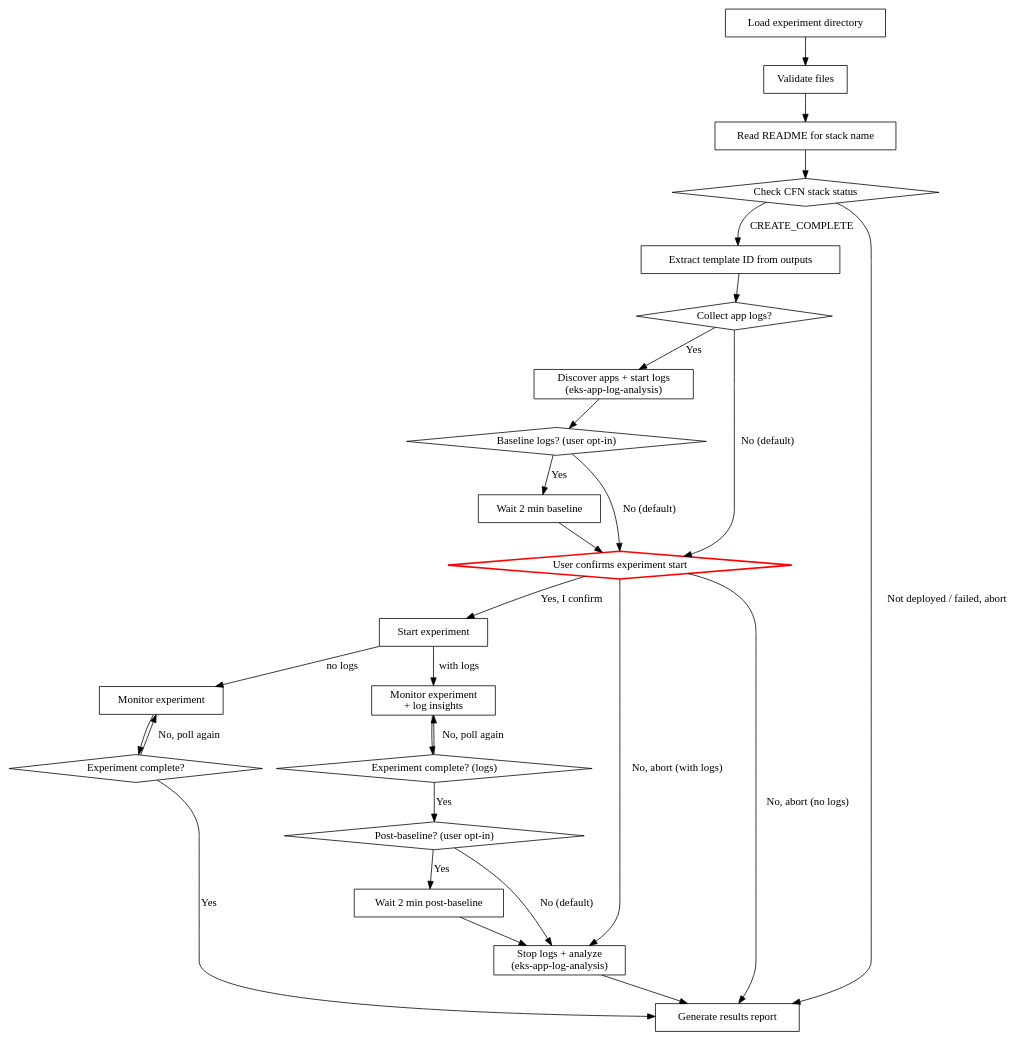
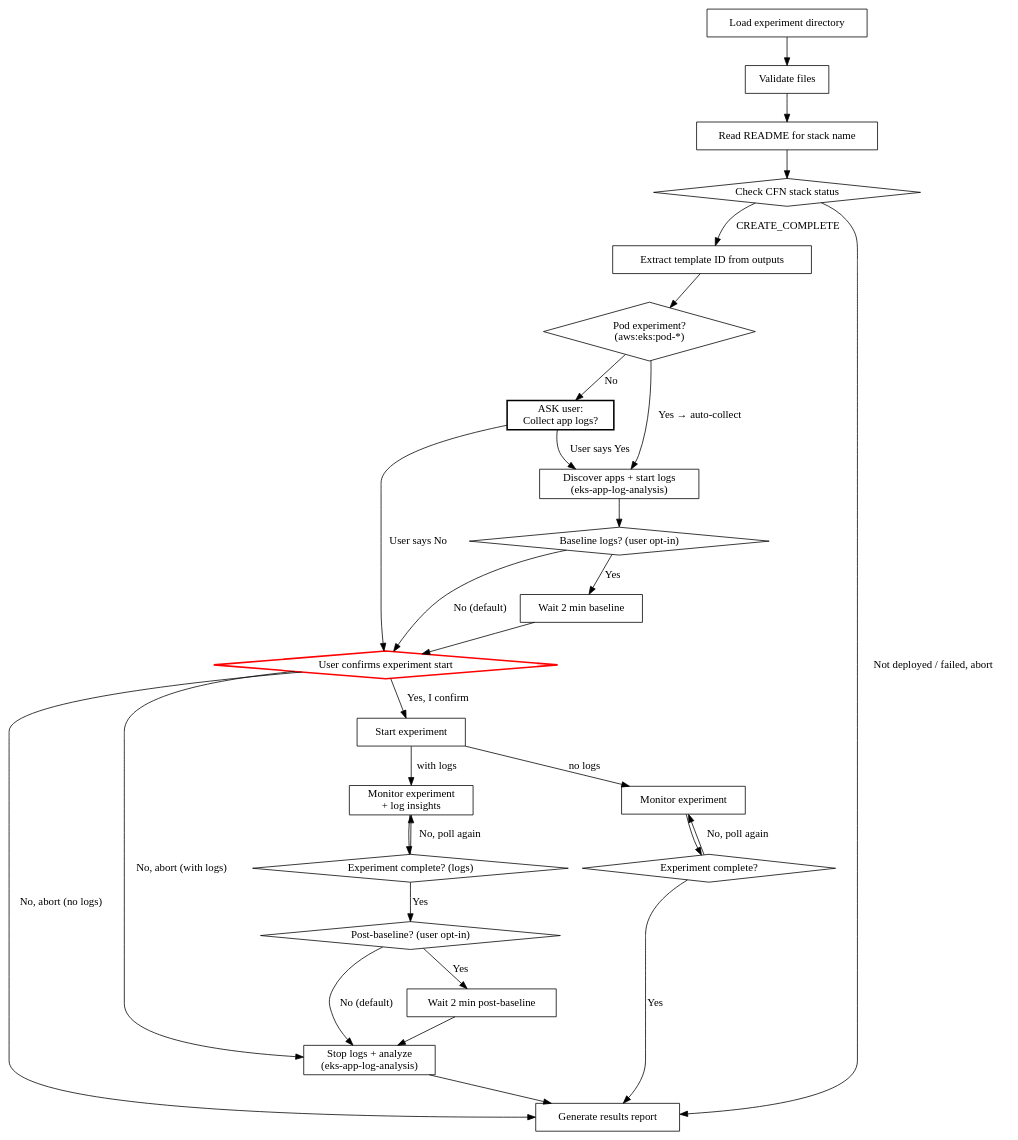
The diagram in aws-fis-experiment-execute/SKILL.md (panlm/skills), drawn with Graphviz before and after one commit.

Commit message:
fix: flowchart was causing agent to skip log collection prompt
Root cause: flowchart had 'Collect app logs?' as a diamond with
'No (default)' label — agent used flowchart as primary decision guide
and auto-selected No without executing Step 4.5 text logic.

Fix: split into two nodes:
- 'Pod experiment?' diamond → auto-collect for aws:eks:pod-*
- 'ASK user: Collect app logs?' action box → mandatory prompt
Agent cannot skip an action box the way it skips a diamond default.

````diff
--- a/aws-fis-experiment-execute/SKILL.md
+++ b/aws-fis-experiment-execute/SKILL.md
@@ -38,51 +38,54 @@
 ```dot
 digraph execute_flow {
     "Load experiment directory" [shape=box];
     "Validate files" [shape=box];
     "Read README for stack name" [shape=box];
     "Check CFN stack status" [shape=diamond];
     "Extract template ID from outputs" [shape=box];
-    "Collect app logs?" [shape=diamond];
+    "Pod experiment?\n(aws:eks:pod-*)" [shape=diamond];
+    "ASK user:\nCollect app logs?" [shape=box, style=bold];
     "Discover apps + start logs\n(eks-app-log-analysis)" [shape=box];
     "Baseline logs? (user opt-in)" [shape=diamond];
     "Wait 2 min baseline" [shape=box];
     "User confirms experiment start" [shape=diamond, style=bold, color=red];
     "Start experiment" [shape=box];
     "Monitor experiment" [shape=box];
     "Monitor experiment\n+ log insights" [shape=box];
     "Experiment complete?" [shape=diamond];
     "Experiment complete? (logs)" [shape=diamond];
     "Post-baseline? (user opt-in)" [shape=diamond];
     "Wait 2 min post-baseline" [shape=box];
     "Stop logs + analyze\n(eks-app-log-analysis)" [shape=box];
     "Generate results report" [shape=box];
 
     "Load experiment directory" -> "Validate files";
     "Validate files" -> "Read README for stack name";
     "Read README for stack name" -> "Check CFN stack status";
     "Check CFN stack status" -> "Extract template ID from outputs" [label="CREATE_COMPLETE"];
     "Check CFN stack status" -> "Generate results report" [label="Not deployed / failed, abort"];
-    "Extract template ID from outputs" -> "Collect app logs?";
-    "Collect app logs?" -> "Discover apps + start logs\n(eks-app-log-analysis)" [label="Yes"];
-    "Collect app logs?" -> "User confirms experiment start" [label="No (default)"];
+    "Extract template ID from outputs" -> "Pod experiment?\n(aws:eks:pod-*)";
+    "Pod experiment?\n(aws:eks:pod-*)" -> "Discover apps + start logs\n(eks-app-log-analysis)" [label="Yes → auto-collect"];
+    "Pod experiment?\n(aws:eks:pod-*)" -> "ASK user:\nCollect app logs?" [label="No"];
+    "ASK user:\nCollect app logs?" -> "Discover apps + start logs\n(eks-app-log-analysis)" [label="User says Yes"];
+    "ASK user:\nCollect app logs?" -> "User confirms experiment start" [label="User says No"];
     "Discover apps + start logs\n(eks-app-log-analysis)" -> "Baseline logs? (user opt-in)";
     "Baseline logs? (user opt-in)" -> "Wait 2 min baseline" [label="Yes"];
     "Baseline logs? (user opt-in)" -> "User confirms experiment start" [label="No (default)"];
     "Wait 2 min baseline" -> "User confirms experiment start";
     "User confirms experiment start" -> "Start experiment" [label="Yes, I confirm"];
     "User confirms experiment start" -> "Generate results report" [label="No, abort (no logs)"];
     "User confirms experiment start" -> "Stop logs + analyze\n(eks-app-log-analysis)" [label="No, abort (with logs)"];
     "Start experiment" -> "Monitor experiment" [label="no logs"];
     "Start experiment" -> "Monitor experiment\n+ log insights" [label="with logs"];
     "Monitor experiment" -> "Experiment complete?";
     "Monitor experiment\n+ log insights" -> "Experiment complete? (logs)";
     "Experiment complete?" -> "Monitor experiment" [label="No, poll again"];
     "Experiment complete?" -> "Generate results report" [label="Yes"];
     "Experiment complete? (logs)" -> "Monitor experiment\n+ log insights" [label="No, poll again"];
     "Experiment complete? (logs)" -> "Post-baseline? (user opt-in)" [label="Yes"];
     "Post-baseline? (user opt-in)" -> "Wait 2 min post-baseline" [label="Yes"];
     "Post-baseline? (user opt-in)" -> "Stop logs + analyze\n(eks-app-log-analysis)" [label="No (default)"];
     "Wait 2 min post-baseline" -> "Stop logs + analyze\n(eks-app-log-analysis)";
     "Stop logs + analyze\n(eks-app-log-analysis)" -> "Generate results report";
 }
 ```
````
